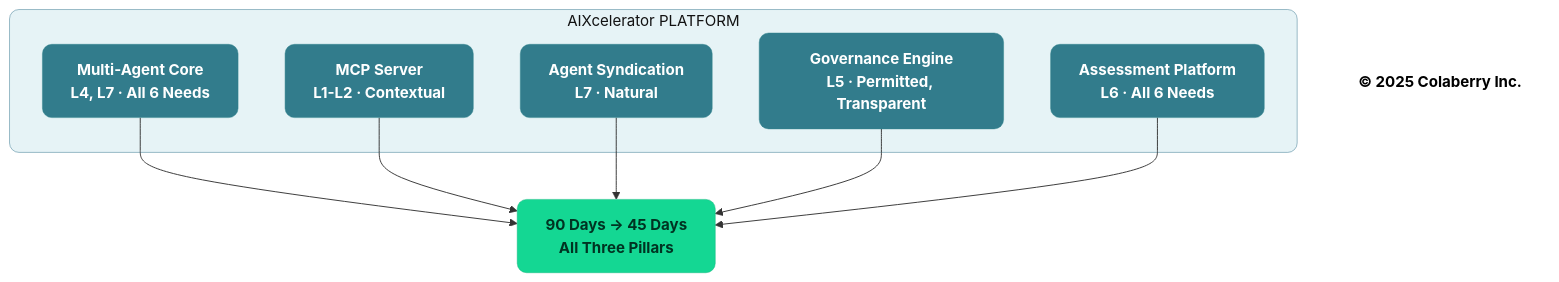
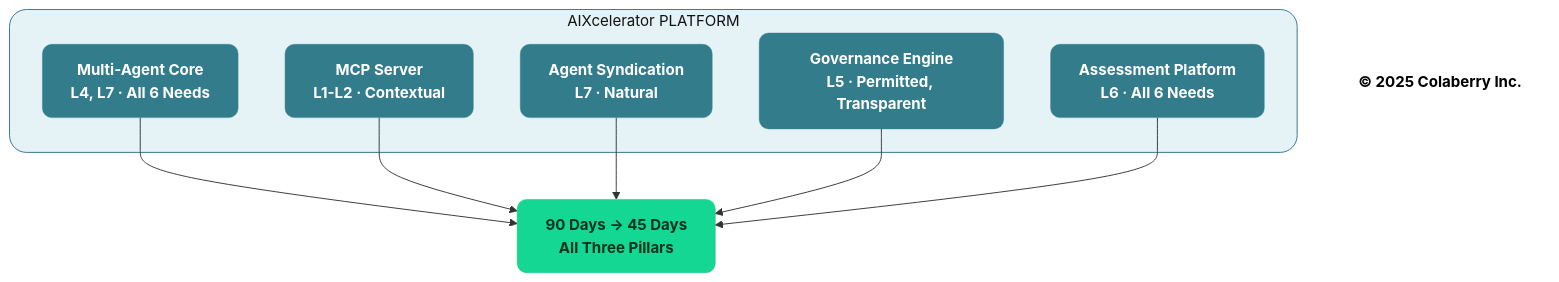
Before and after one commit to saitejesh-cyber/trust-before-intelligence-book: the sixth of 6 diagrams in manuscript/13_chapter_12_running_agents_at_scale_v1_2.md, drawn with Mermaid. The commit also changed other lines of this file and 12 other files, not shown here.

````diff
--- a/manuscript/13_chapter_12_running_agents_at_scale_v1_2.md
+++ b/manuscript/13_chapter_12_running_agents_at_scale_v1_2.md
@@ -1160,27 +1160,27 @@
 ```mermaid
 graph TD
     subgraph PLATFORM["AIXcelerator PLATFORM"]
         C1["<b>Multi-Agent Core</b><br/><b>L4, L7 · All 6 Needs</b>"]
         C2["<b>MCP Server</b><br/><b>L1-L2 · Contextual</b>"]
         C3["<b>Agent Syndication</b><br/><b>L7 · Natural</b>"]
         C4["<b>Governance Engine</b><br/><b>L5 · Permitted, Transparent</b>"]
         C5["<b>Assessment Platform</b><br/><b>L6 · All 6 Needs</b>"]
     end
     
     C1 --> RESULT["<b>90 Days → 45 Days</b><br/><b>All Three Pillars</b>"]
     C2 --> RESULT
     C3 --> RESULT
     C4 --> RESULT
     C5 --> RESULT
     
     Copyright["<b>© 2025 Colaberry Inc.</b>"]
     
-    style PLATFORM fill:#E6F3F6,stroke:#32738C,stroke-width:0.5px,color:#121212,rx:10,ry:10
+    style PLATFORM fill:#E6F3F6,stroke:#32738C,stroke-width:1px,color:#121212,rx:18,ry:18
     style C1 fill:#327C8C,stroke:#30838C,stroke-width:0.5px,color:#ffffff,rx:10,ry:10
     style C2 fill:#327C8C,stroke:#30838C,stroke-width:0.5px,color:#ffffff,rx:10,ry:10
     style C3 fill:#327C8C,stroke:#30838C,stroke-width:0.5px,color:#ffffff,rx:10,ry:10
     style C4 fill:#327C8C,stroke:#30838C,stroke-width:0.5px,color:#ffffff,rx:10,ry:10
     style C5 fill:#327C8C,stroke:#30838C,stroke-width:0.5px,color:#ffffff,rx:10,ry:10
     style RESULT fill:#14D793,stroke:#0FB67D,stroke-width:0.5px,color:#003322,rx:10,ry:10
     style Copyright fill:none,stroke:none,color:#000000
 ```
````
